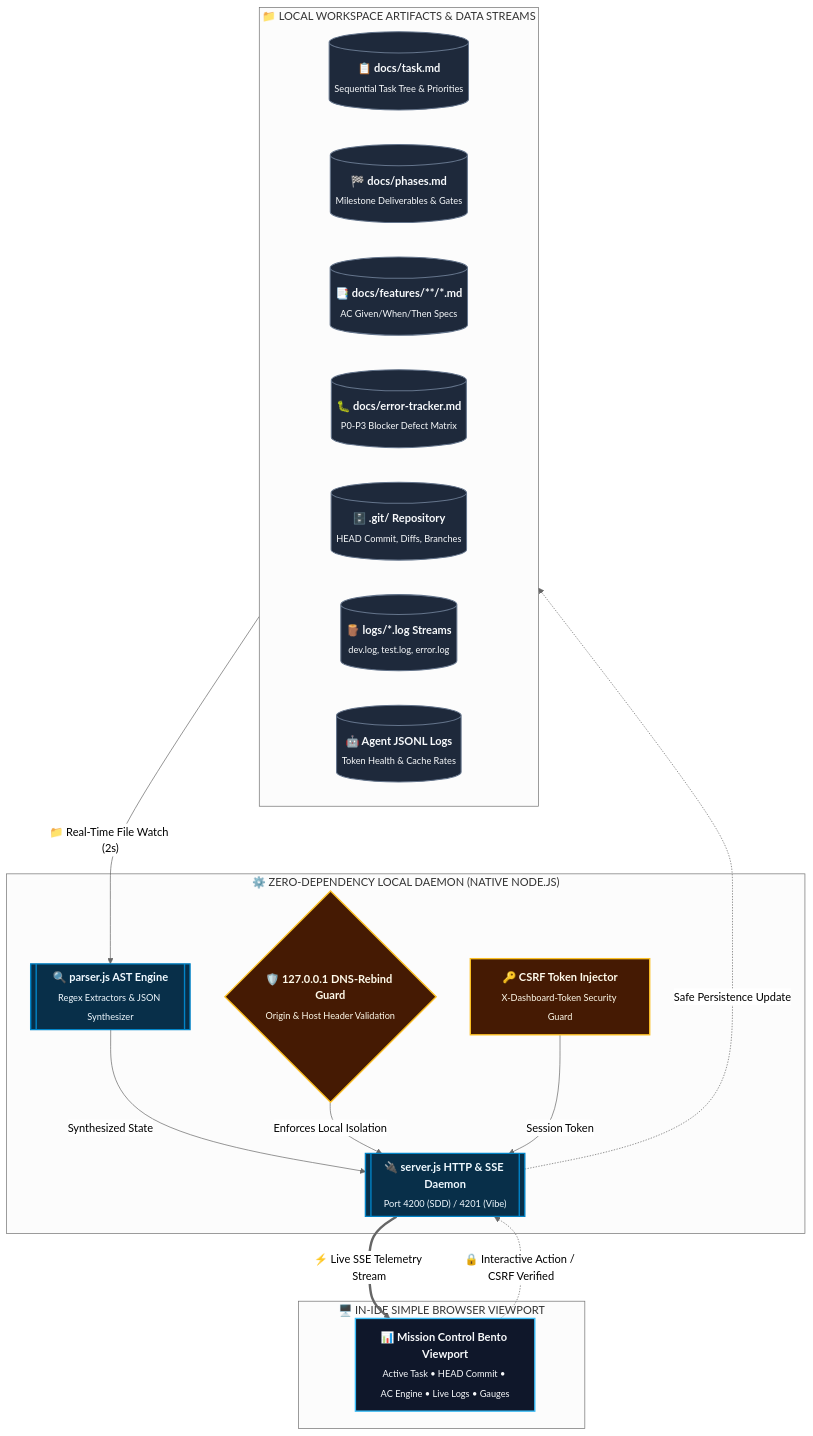
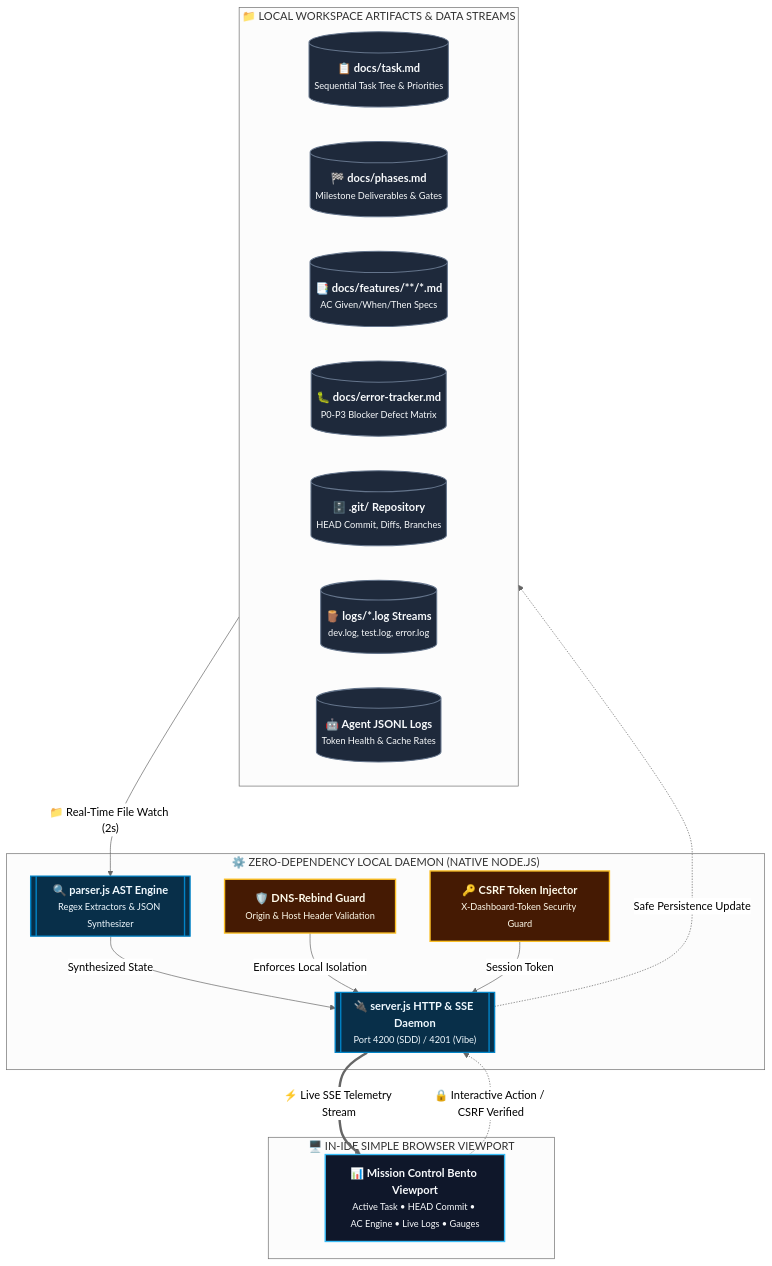
Before and after one commit to rmsofficialsyt/Agentic-AI-Vibe-Coding-AND-SDD-TDD-Codebase-Chandan-Adhikary: the first of 5 diagrams in PROJECT-MANAGER-DASHBOARD-GUIDE.md, drawn with Mermaid (neutral theme). The commit also changed other lines of this file and 27 other files, not shown here.

Commit message:
docs: resolve text overlap and scattering across all diagrams via semantic typography and layout contracts

````diff
--- a/PROJECT-MANAGER-DASHBOARD-GUIDE.md
+++ b/PROJECT-MANAGER-DASHBOARD-GUIDE.md
@@ -25,36 +25,36 @@
 ```mermaid
 flowchart TD
     classDef store fill:#1e293b,stroke:#64748b,stroke-width:1.5px,color:#f8fafc;
     classDef daemon fill:#082f49,stroke:#0284c7,stroke-width:2px,color:#f0f9ff;
     classDef client fill:#0f172a,stroke:#38bdf8,stroke-width:2px,color:#f8fafc;
     classDef sec fill:#451a03,stroke:#fbbf24,stroke-width:2px,color:#fffbeb;
 
     subgraph WorkspaceState ["📁 LOCAL WORKSPACE ARTIFACTS & DATA STREAMS"]
-        Tasks[("<b>📋 docs/task.md</b><br/><sub>Sequential Task Tree & Priorities</sub>")]:::store
-        Phases[("<b>🏁 docs/phases.md</b><br/><sub>Milestone Deliverables & Gates</sub>")]:::store
-        Specs[("<b>📑 docs/features/**/*.md</b><br/><sub>AC Given/When/Then Specs</sub>")]:::store
-        Errors[("<b>🐛 docs/error-tracker.md</b><br/><sub>P0-P3 Blocker Defect Matrix</sub>")]:::store
-        GitRepo[("<b>🗄️ .git/ Repository</b><br/><sub>HEAD Commit, Diffs, Branches</sub>")]:::store
-        Logs[("<b>🪵 logs/*.log Streams</b><br/><sub>dev.log, test.log, error.log</sub>")]:::store
-        Transcripts[("<b>🤖 Agent JSONL Logs</b><br/><sub>Token Health & Cache Rates</sub>")]:::store
+        Tasks[("<b>📋 docs/task.md</b><br/><small>Sequential Task Tree & Priorities</small>")]:::store
+        Phases[("<b>🏁 docs/phases.md</b><br/><small>Milestone Deliverables & Gates</small>")]:::store
+        Specs[("<b>📑 docs/features/**/*.md</b><br/><small>AC Given/When/Then Specs</small>")]:::store
+        Errors[("<b>🐛 docs/error-tracker.md</b><br/><small>P0-P3 Blocker Defect Matrix</small>")]:::store
+        GitRepo[("<b>🗄️ .git/ Repository</b><br/><small>HEAD Commit, Diffs, Branches</small>")]:::store
+        Logs[("<b>🪵 logs/*.log Streams</b><br/><small>dev.log, test.log, error.log</small>")]:::store
+        Transcripts[("<b>🤖 Agent JSONL Logs</b><br/><small>Token Health & Cache Rates</small>")]:::store
     end
 
     subgraph DaemonTier ["⚙️ ZERO-DEPENDENCY LOCAL DAEMON (NATIVE NODE.JS)"]
-        Parser[["<b>🔍 parser.js AST Engine</b><br/><sub>Regex Extractors & JSON Synthesizer</sub>"]]:::daemon
-        Server[["<b>🔌 server.js HTTP & SSE Daemon</b><br/><sub>Port 4200 (SDD) / 4201 (Vibe)</sub>"]]:::daemon
-        SecurityGuard{"<b>🛡️ 127.0.0.1 DNS-Rebind Guard</b><br/><sub>Origin & Host Header Validation</sub>"}:::sec
-        CSRFManager["<b>🔑 CSRF Token Injector</b><br/><sub>X-Dashboard-Token Security Guard</sub>"]:::sec
+        Parser[["<b>🔍 parser.js AST Engine</b><br/><small>Regex Extractors & JSON Synthesizer</small>"]]:::daemon
+        Server[["<b>🔌 server.js HTTP & SSE Daemon</b><br/><small>Port 4200 (SDD) / 4201 (Vibe)</small>"]]:::daemon
+        SecurityGuard["<b>🛡️ DNS-Rebind Guard</b><br/><small>Origin & Host Header Validation</small>"]:::sec
+        CSRFManager["<b>🔑 CSRF Token Injector</b><br/><small>X-Dashboard-Token Security Guard</small>"]:::sec
     end
 
     subgraph ViewportTier ["🖥️ IN-IDE SIMPLE BROWSER VIEWPORT"]
-        DashboardUI["<b>📊 Mission Control Bento Viewport</b><br/><sub>Active Task • HEAD Commit • AC Engine • Live Logs • Gauges</sub>"]:::client
+        DashboardUI["<b>📊 Mission Control Bento Viewport</b><br/><small>Active Task • HEAD Commit • AC Engine • Live Logs • Gauges</small>"]:::client
     end
 
     WorkspaceState -->|"📁 Real-Time File Watch (2s)"| Parser
     Parser -->|"Synthesized State"| Server
     SecurityGuard -->|"Enforces Local Isolation"| Server
     CSRFManager -->|"Session Token"| Server
     Server ==>|"⚡ Live SSE Telemetry Stream"| DashboardUI
     DashboardUI -.->|"🔒 Interactive Action / CSRF Verified"| Server
     Server -.->|"Safe Persistence Update"| WorkspaceState
 ```
````
